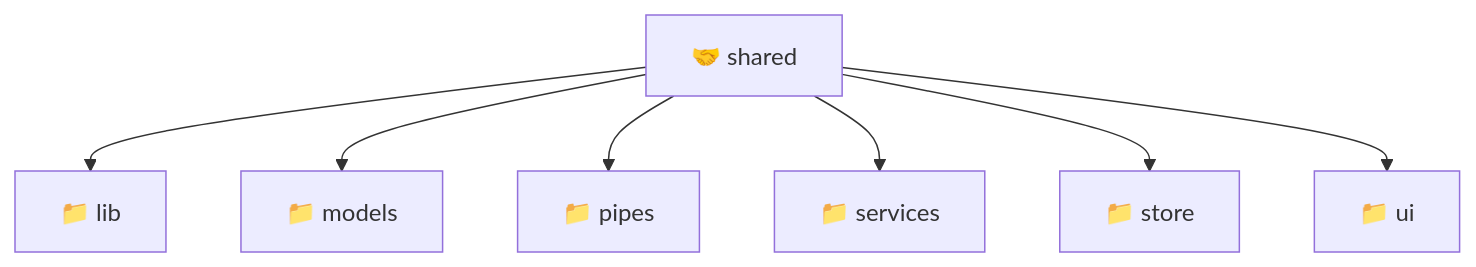
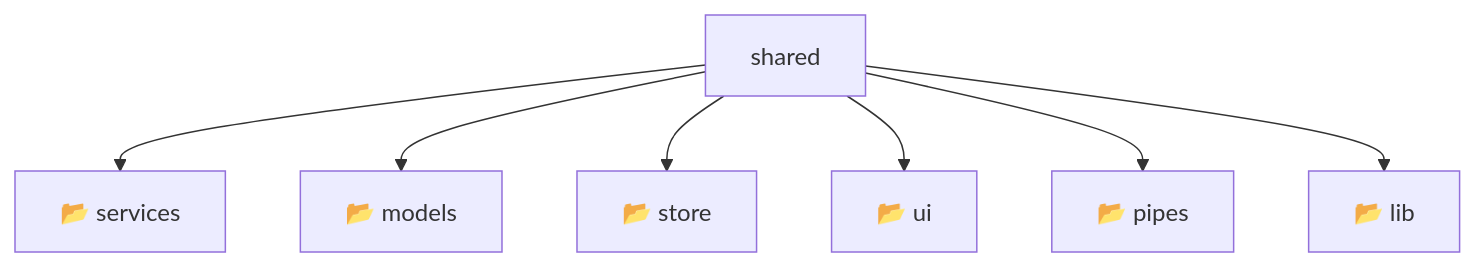
One commit to beginwebdev2002/fullstack-mavluda changed the diagram in frontend/src/shared/README.md. Above: the diagram before and after it, drawn with Mermaid. The commit also changed other lines of this file and 155 other files, not shown here.

````diff
--- a/frontend/src/shared/README.md
+++ b/frontend/src/shared/README.md
@@ -10,10 +14,10 @@
 ```mermaid
 graph TD
-  Root["🤝 shared"]
-  Root --> lib["📁 lib"]
-  Root --> models["📁 models"]
-  Root --> pipes["📁 pipes"]
-  Root --> services["📁 services"]
-  Root --> store["📁 store"]
-  Root --> ui["📁 ui"]
+    Root[shared]
+    Root --> F0[📂 services]
+    Root --> F1[📂 models]
+    Root --> F2[📂 store]
+    Root --> F3[📂 ui]
+    Root --> F4[📂 pipes]
+    Root --> F5[📂 lib]
 ```
````
